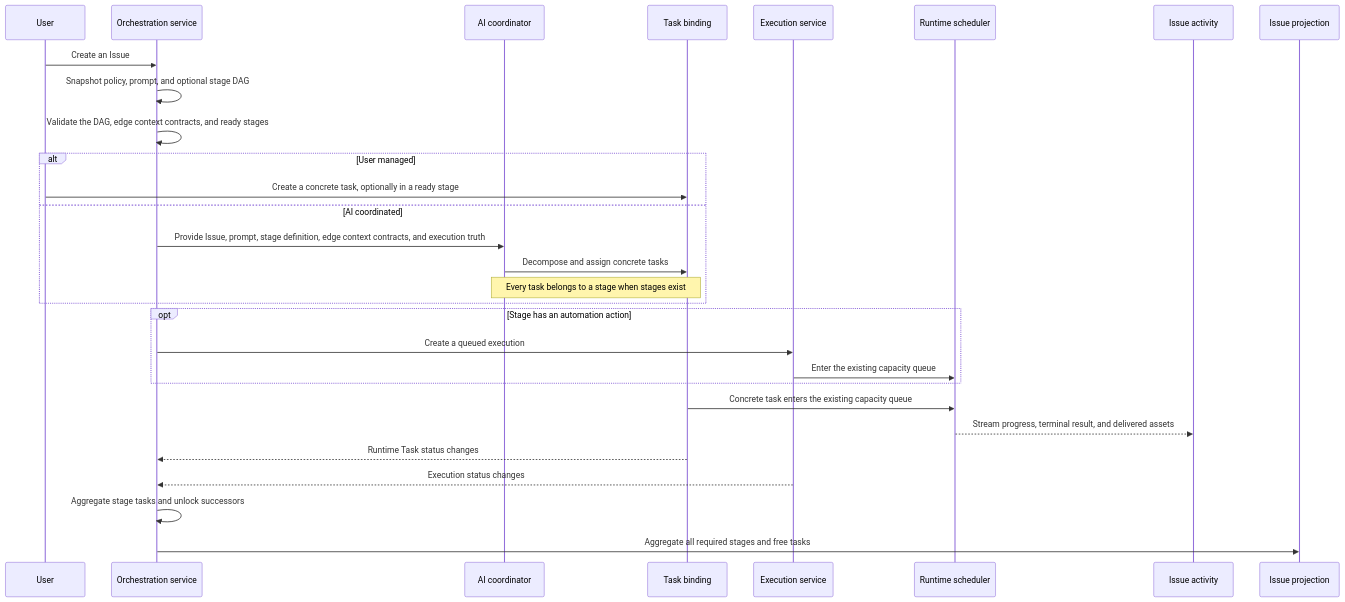
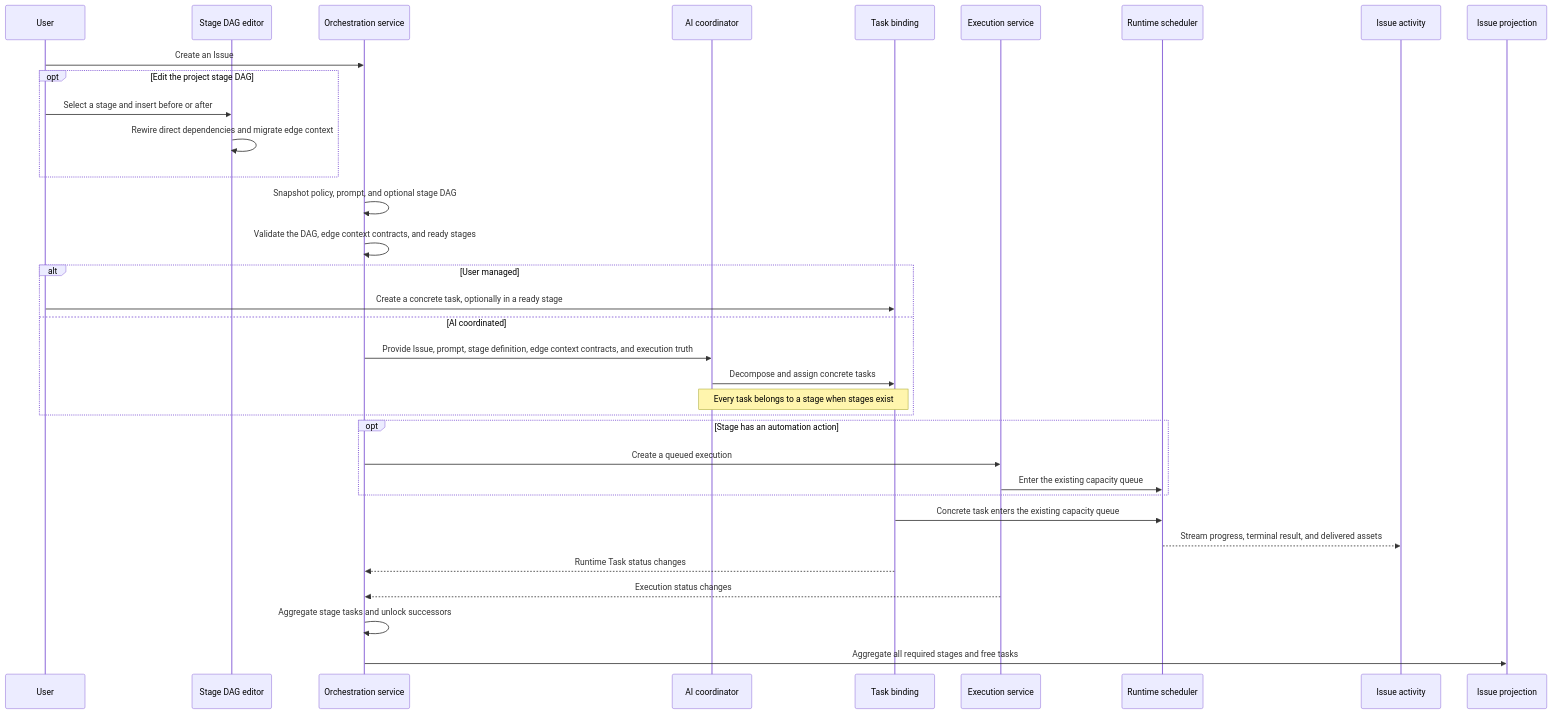
Before and after one commit to wecode-ai/Wegent: the second of 2 diagrams in docs/en/architecture/issue-task-workflow.md, drawn with Mermaid. The commit also changed other lines of this file and 8 other files, not shown here.

````diff
--- a/docs/en/architecture/issue-task-workflow.md
+++ b/docs/en/architecture/issue-task-workflow.md
@@ -39,32 +40,37 @@
 ```mermaid
 sequenceDiagram
     participant U as User
+    participant G as Stage DAG editor
     participant O as Orchestration service
     participant A as AI coordinator
     participant B as Task binding
     participant E as Execution service
     participant R as Runtime scheduler
     participant D as Issue activity
     participant I as Issue projection
 
     U->>O: Create an Issue
+    opt Edit the project stage DAG
+        U->>G: Select a stage and insert before or after
+        G->>G: Rewire direct dependencies and migrate edge context
+    end
     O->>O: Snapshot policy, prompt, and optional stage DAG
     O->>O: Validate the DAG, edge context contracts, and ready stages
     alt User managed
         U->>B: Create a concrete task, optionally in a ready stage
     else AI coordinated
         O->>A: Provide Issue, prompt, stage definition, edge context contracts, and execution truth
         A->>B: Decompose and assign concrete tasks
         Note over A,B: Every task belongs to a stage when stages exist
     end
     opt Stage has an automation action
         O->>E: Create a queued execution
         E->>R: Enter the existing capacity queue
     end
     B->>R: Concrete task enters the existing capacity queue
     R-->>D: Stream progress, terminal result, and delivered assets
     B-->>O: Runtime Task status changes
     E-->>O: Execution status changes
     O->>O: Aggregate stage tasks and unlock successors
     O->>I: Aggregate all required stages and free tasks
 ```
````
